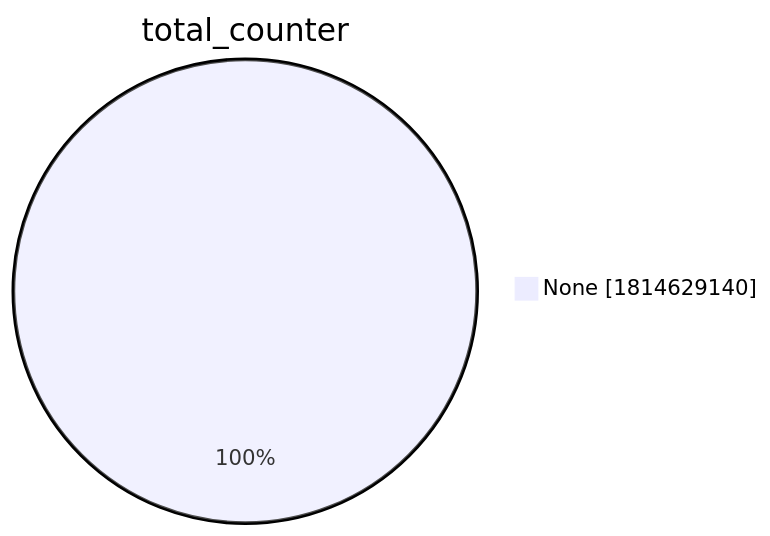
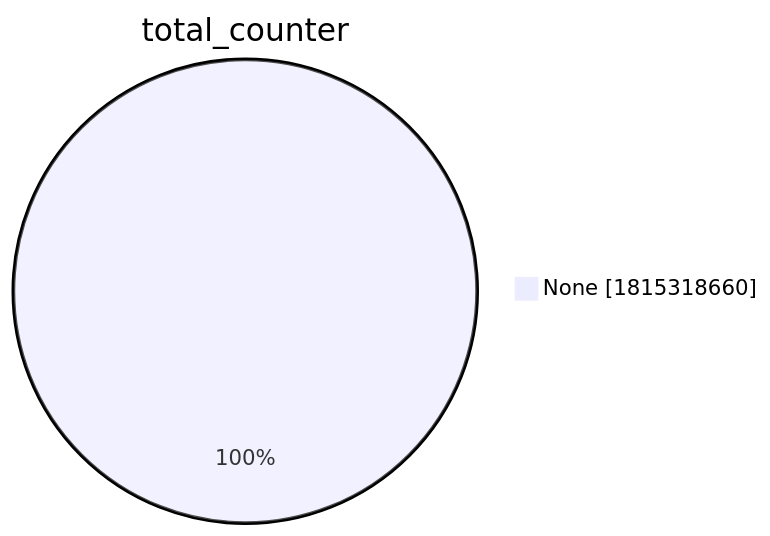
One commit to christiankrug/ctmonitor_visualization changed the second of 15 diagrams in xenon2022/README.md. Above: the diagram before and after it, drawn with Mermaid. The commit also changed other lines of this file, not shown here.

````diff
--- a/xenon2022/README.md
+++ b/xenon2022/README.md
@@ -9,5 +9,5 @@
 ```mermaid
 pie showData
 title total_counter
-"None" :1814629140
+"None" :1815318660
 ```
````
